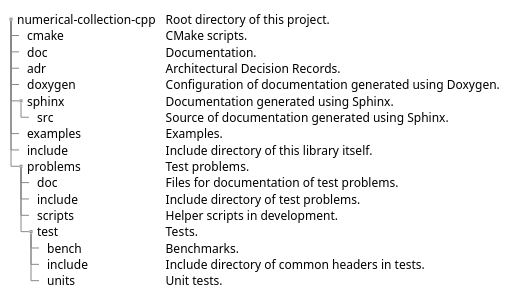
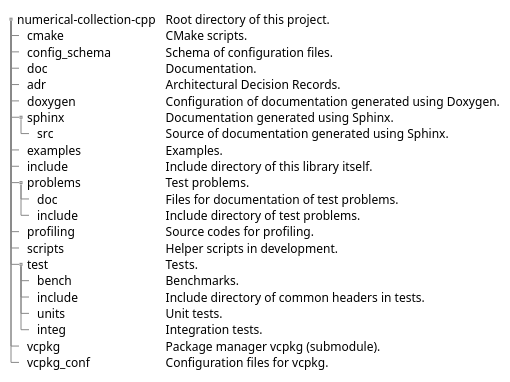
The diagram in doc/sphinx/src/directories.rst (MusicScience37/numerical-collection-cpp), drawn with PlantUML before and after one commit. The commit also changed 4 other files, not shown here.

```diff
--- a/doc/sphinx/src/directories.rst
+++ b/doc/sphinx/src/directories.rst
@@ -4,25 +4,30 @@
 .. uml::
 
     @startsalt
     {
     {T
     + numerical-collection-cpp  | Root directory of this project.
     ++ cmake                    | CMake scripts.
+    ++ config_schema            | Schema of configuration files.
     ++ doc                      | Documentation.
     ++ adr                      | Architectural Decision Records.
     ++ doxygen                  | Configuration of documentation generated using Doxygen.
     ++ sphinx                   | Documentation generated using Sphinx.
     +++ src                     | Source of documentation generated using Sphinx.
     ++ examples                 | Examples.
     ++ include                  | Include directory of this library itself.
     ++ problems                 | Test problems.
     +++ doc                     | Files for documentation of test problems.
     +++ include                 | Include directory of test problems.
-    +++ scripts                 | Helper scripts in development.
-    +++ test                    | Tests.
-    ++++ bench                  | Benchmarks.
-    ++++ include                | Include directory of common headers in tests.
-    ++++ units                  | Unit tests.
+    ++ profiling                | Source codes for profiling.
+    ++ scripts                  | Helper scripts in development.
+    ++ test                     | Tests.
+    +++ bench                   | Benchmarks.
+    +++ include                 | Include directory of common headers in tests.
+    +++ units                   | Unit tests.
+    +++ integ                   | Integration tests.
+    ++ vcpkg                    | Package manager vcpkg (submodule).
+    ++ vcpkg_conf               | Configuration files for vcpkg.
     }
     }
     @endsalt
```
